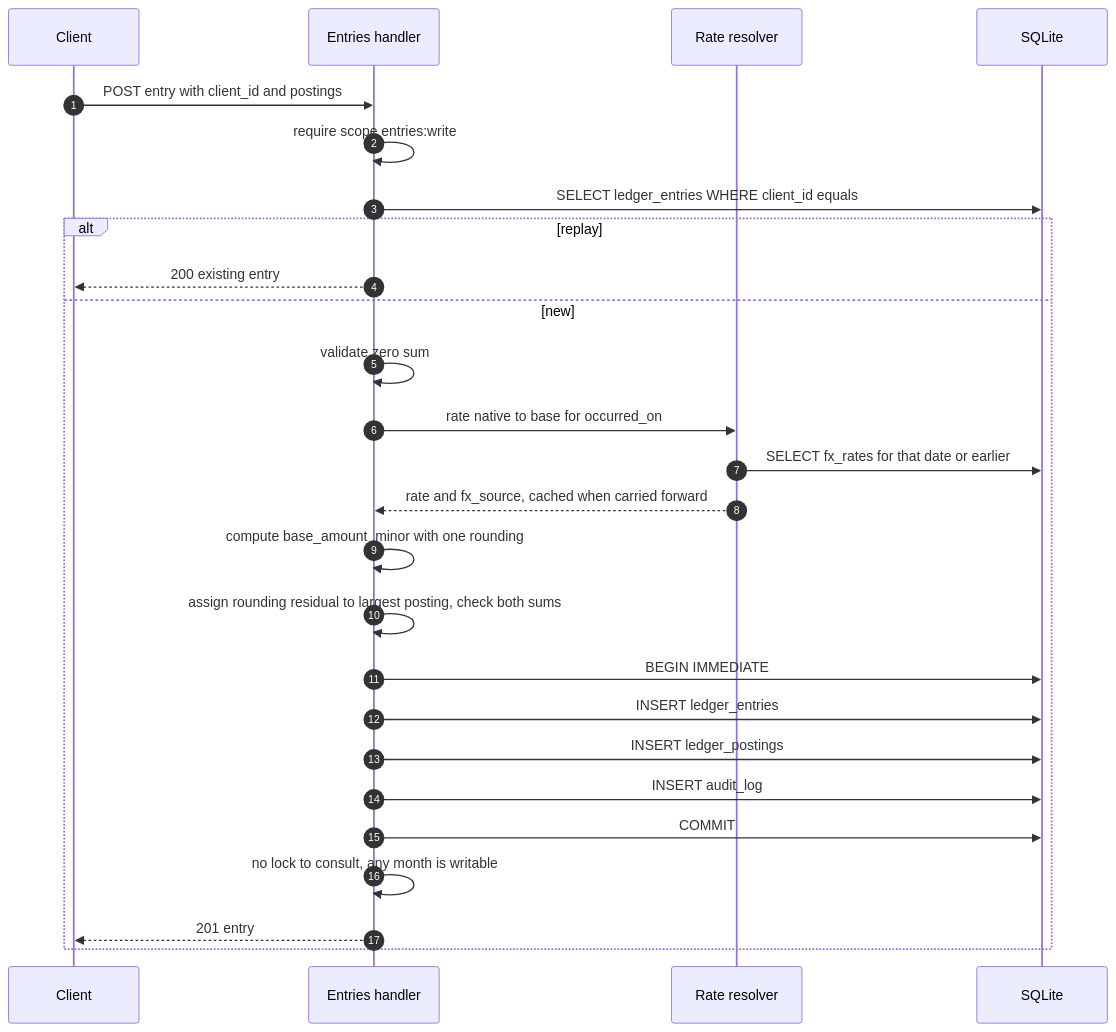
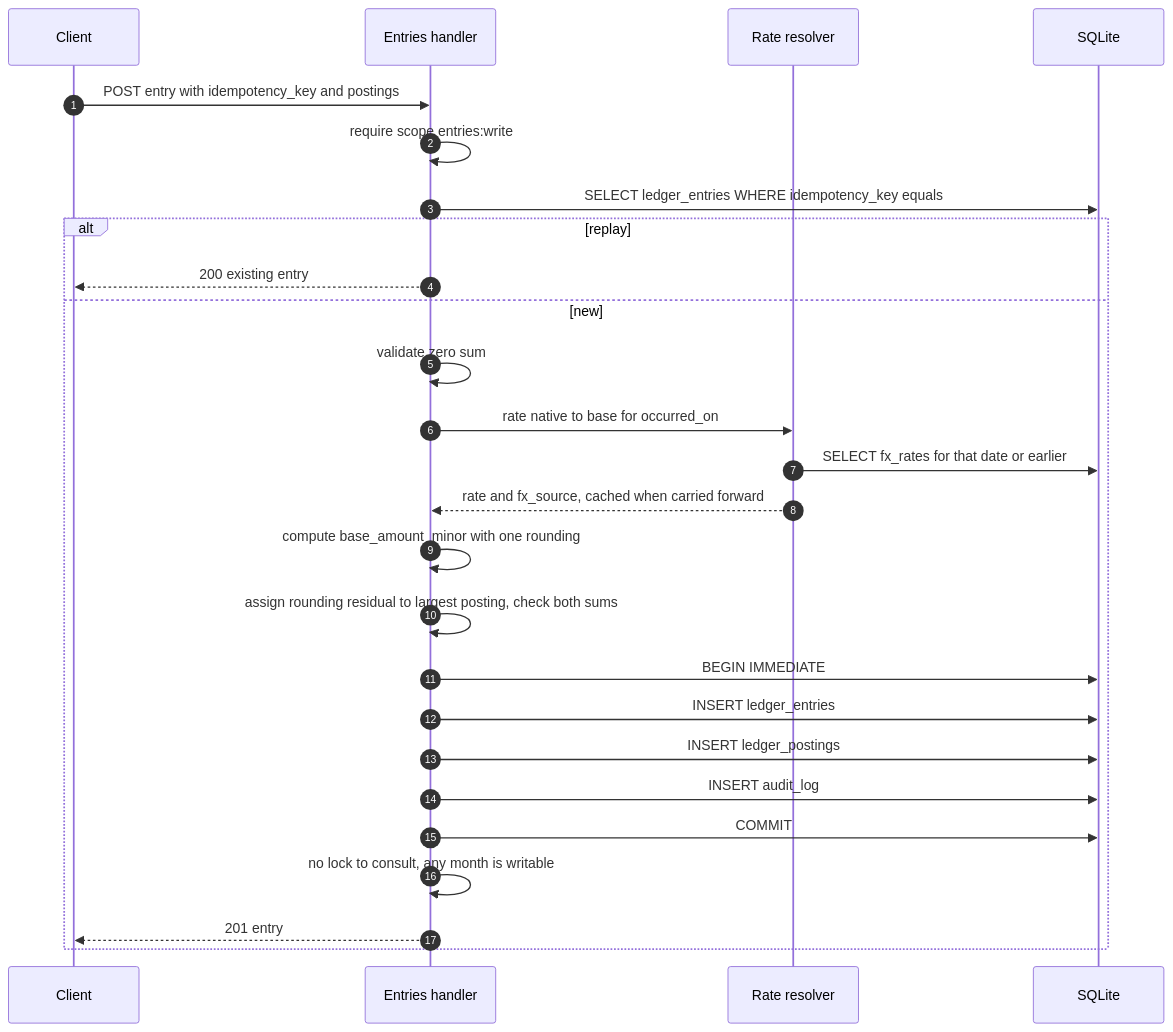
One commit to dimasbaguspm/spenicle changed the ninth of 20 diagrams in docs/v2-api.md. Above: the diagram before and after it, drawn with Mermaid. The commit also changed other lines of this file and 127 other files, not shown here.

Commit message:
refactor(api)!: rename client_id to idempotency_key

````diff
--- a/docs/v2-api.md
+++ b/docs/v2-api.md
@@ -715,28 +715,28 @@
 ```mermaid
 sequenceDiagram
     autonumber
     participant C as Client
     participant API as Entries handler
     participant FX as Rate resolver
     participant DB as SQLite
-    C->>API: POST entry with client_id and postings
+    C->>API: POST entry with idempotency_key and postings
     API->>API: require scope entries:write
-    API->>DB: SELECT ledger_entries WHERE client_id equals
+    API->>DB: SELECT ledger_entries WHERE idempotency_key equals
     alt replay
         API-->>C: 200 existing entry
     else new
         API->>API: validate zero sum
         API->>FX: rate native to base for occurred_on
         FX->>DB: SELECT fx_rates for that date or earlier
         FX-->>API: rate and fx_source, cached when carried forward
         API->>API: compute base_amount_minor with one rounding
         API->>API: assign rounding residual to largest posting, check both sums
         API->>DB: BEGIN IMMEDIATE
         API->>DB: INSERT ledger_entries
         API->>DB: INSERT ledger_postings
         API->>DB: INSERT audit_log
         API->>DB: COMMIT
         API->>API: no lock to consult, any month is writable
         API-->>C: 201 entry
     end
 ```
````
